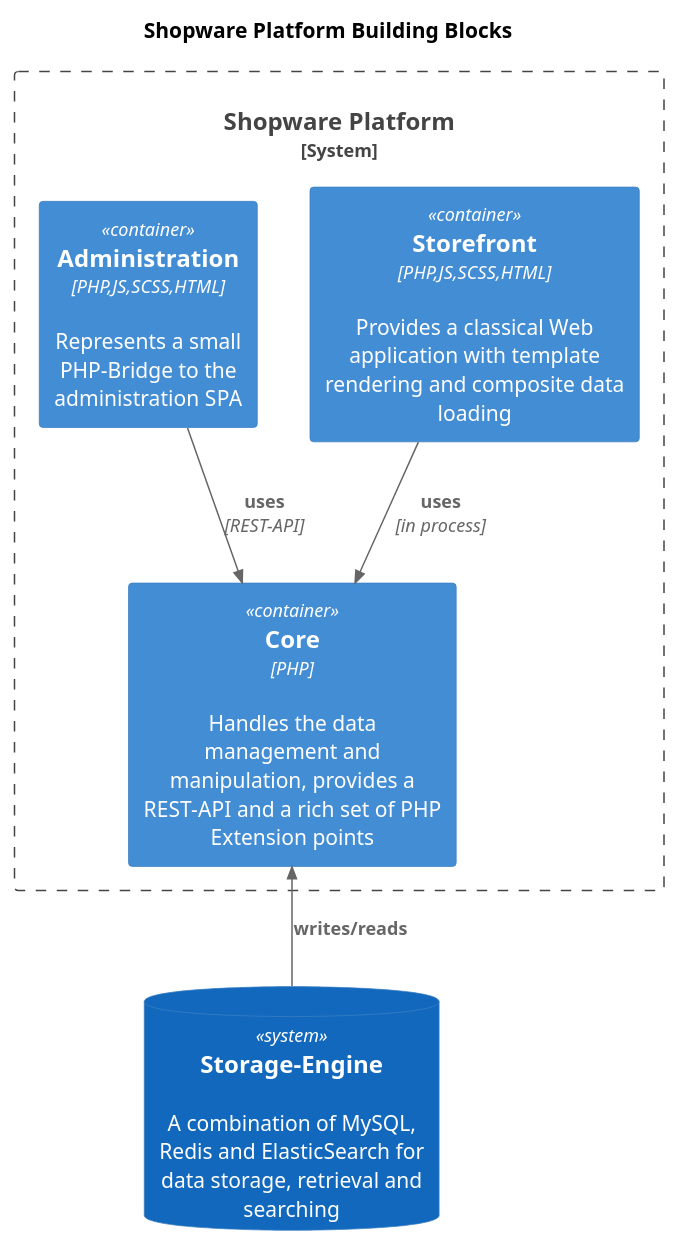
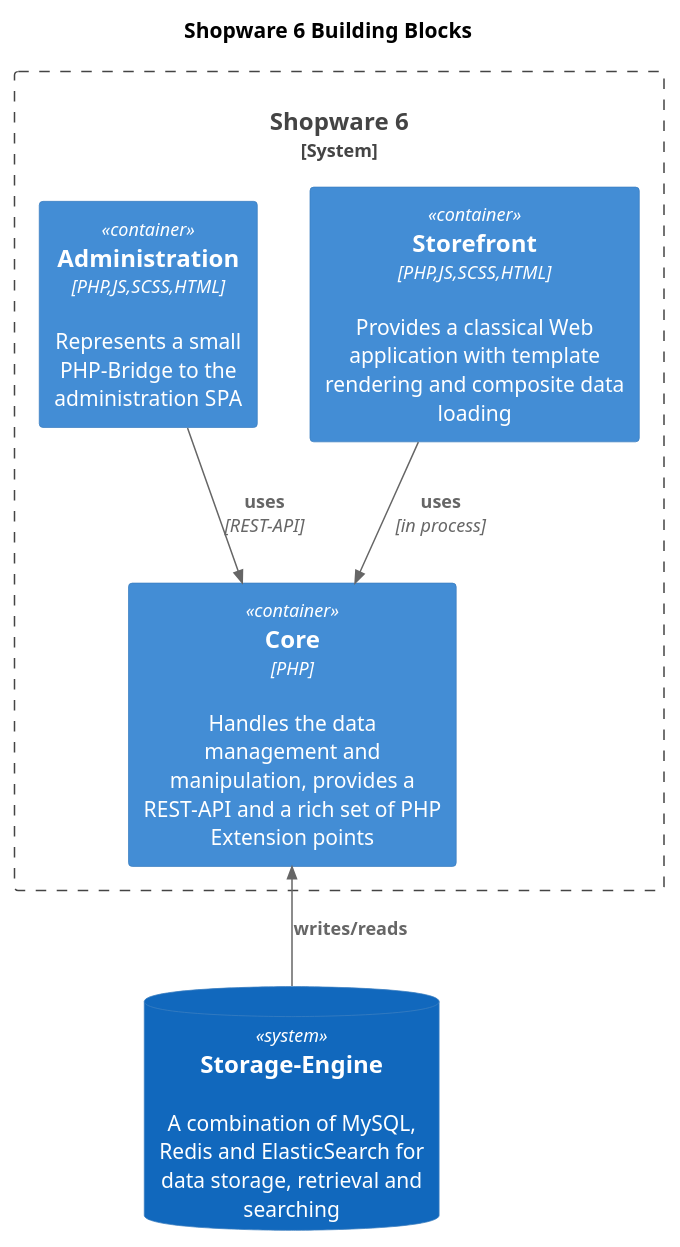
The diagram in src/Docs/_new/2-internals/_puml/platform-container.puml (shopware/shopware), drawn with PlantUML before and after one commit. The commit also changed 88 other files, not shown here.

Commit message:
NTR - Change Shopware platform into Shopware 6

```diff
--- a/src/Docs/_new/2-internals/_puml/platform-container.puml
+++ b/src/Docs/_new/2-internals/_puml/platform-container.puml
@@ -1,20 +1,20 @@
 @startuml LAYOUT_TOP_DOWN
 !includeurl https://raw.githubusercontent.com/RicardoNiepel/C4-PlantUML/master/C4_Container.puml
 
-title Shopware Platform Building Blocks
+title Shopware 6 Building Blocks
 
-System_Boundary(c1, "Shopware Platform") {
+System_Boundary(c1, "Shopware 6") {
 
     Container(core, "Core", "PHP", "Handles the data management and manipulation, provides a REST-API and a rich set of PHP Extension points")
 
     Container(storefront, "Storefront", "PHP,JS,SCSS,HTML", "Provides a classical Web application with template rendering and composite data loading")
 
     Container(admin, "Administration", "PHP,JS,SCSS,HTML", "Represents a small PHP-Bridge to the administration SPA")
 }
 
 SystemDb(db, "Storage-Engine", "A combination of MySQL, Redis and ElasticSearch for data storage, retrieval and searching")
 
 Rel_D(admin, core, "uses", "REST-API")
 Rel_D(storefront, core, "uses", "in process")
 Rel_U(db, core, "writes/reads")
 @enduml
```
